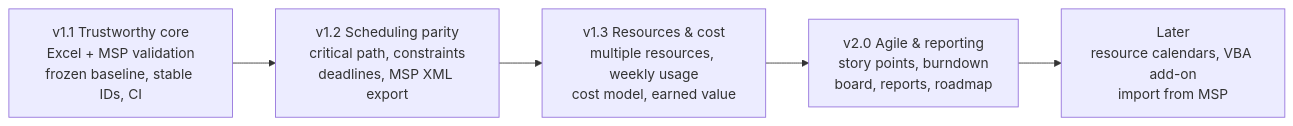
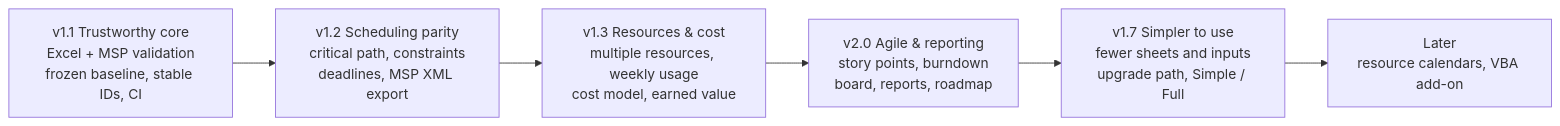
The diagram in docs/BACKLOG.md (LoneWolfDen/excel-project-planner), drawn with Mermaid before and after one commit. The commit also changed other lines of this file and 1 other file, not shown here.

First line of the commit message:
Simplification review and E9 backlog (fewer sheets, fewer inputs)

````diff
--- a/docs/BACKLOG.md
+++ b/docs/BACKLOG.md
@@ -20,7 +20,8 @@
 ```mermaid
 flowchart LR
     A["v1.1 Trustworthy core<br/>Excel + MSP validation<br/>frozen baseline, stable IDs, CI"] --> B["v1.2 Scheduling parity<br/>critical path, constraints<br/>deadlines, MSP XML export"]
     B --> C["v1.3 Resources & cost<br/>multiple resources, weekly usage<br/>cost model, earned value"]
     C --> D["v2.0 Agile & reporting<br/>story points, burndown<br/>board, reports, roadmap"]
-    D --> E["Later<br/>resource calendars, VBA add-on<br/>import from MSP"]
+    D --> F["v1.7 Simpler to use<br/>fewer sheets and inputs<br/>upgrade path, Simple / Full"]
+    F --> E["Later<br/>resource calendars, VBA add-on"]
 ```
````
